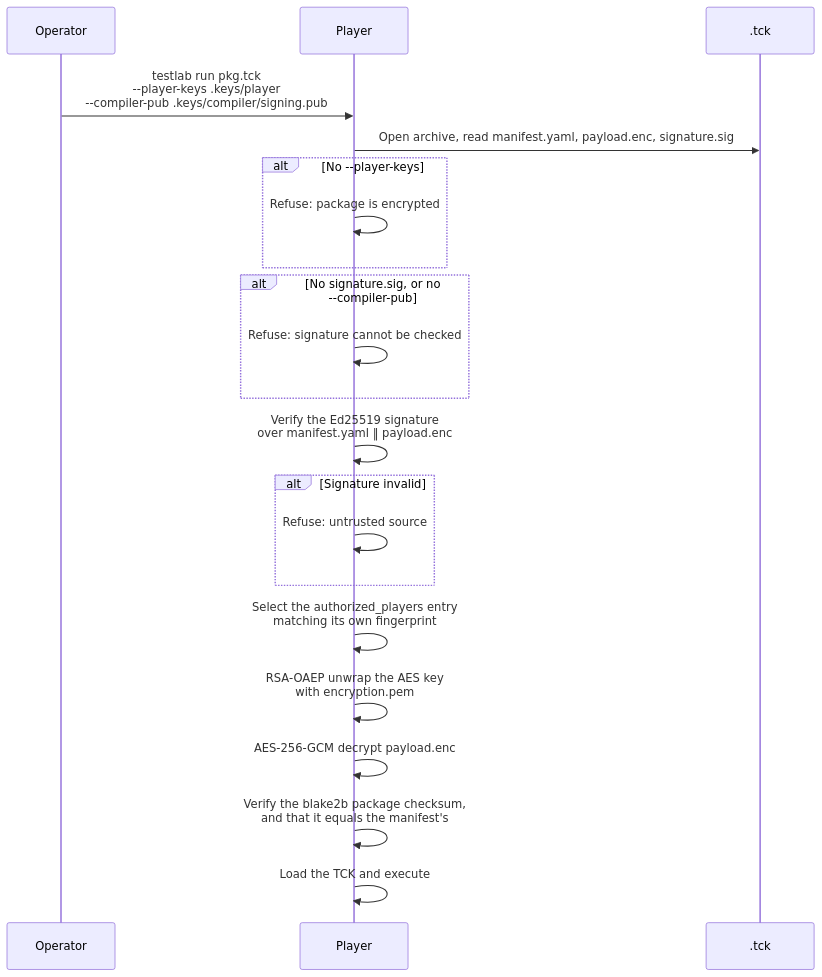
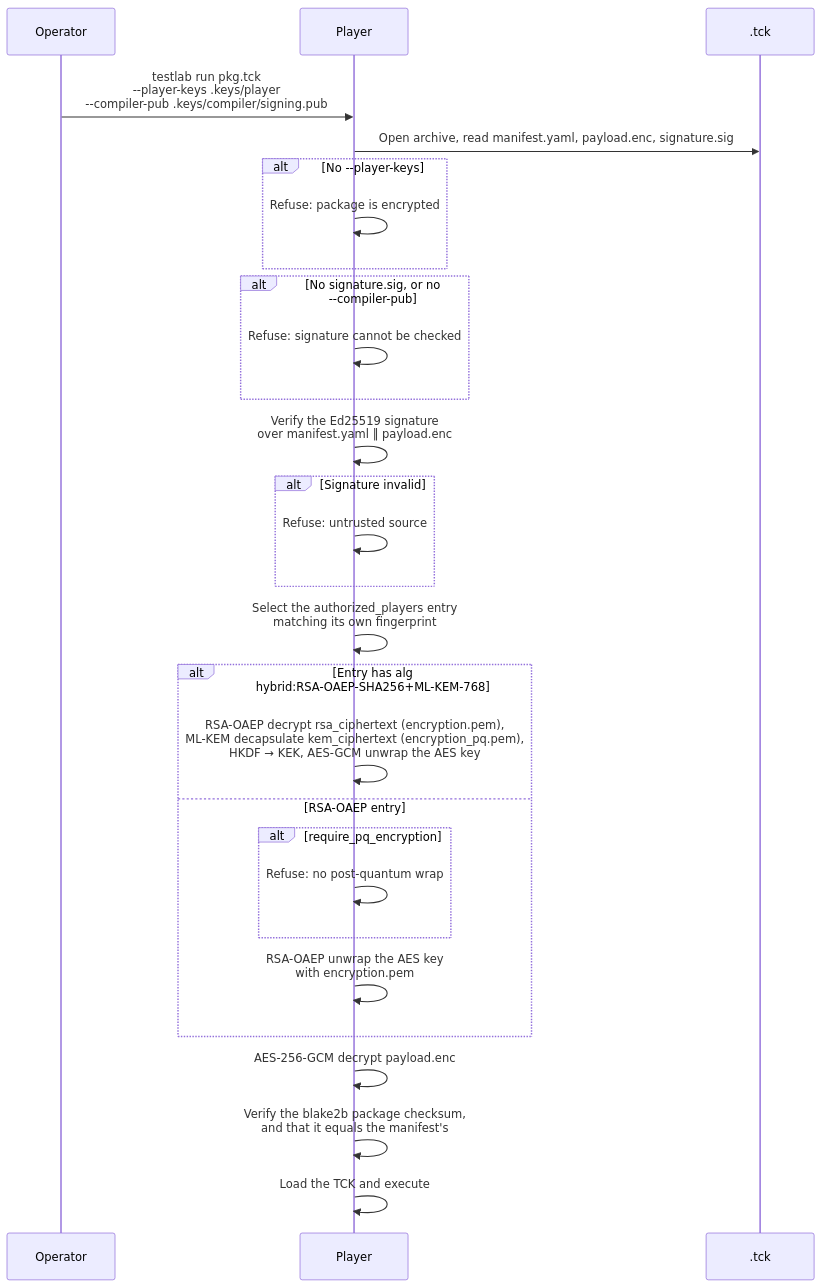
One commit to eclipse-tractusx/tractusx-testlab changed the second of 2 diagrams in docs/specification/specification/security.md. Above: the diagram before and after it, drawn with Mermaid. The commit also changed other lines of this file and 32 other files, not shown here.

````diff
--- a/docs/specification/specification/security.md
+++ b/docs/specification/specification/security.md
@@ -118,28 +150,35 @@
 ```mermaid
 sequenceDiagram
     participant O as Operator
     participant P as Player
     participant PKG as .tck
 
     O->>P: testlab run pkg.tck<br/>--player-keys .keys/player<br/>--compiler-pub .keys/compiler/signing.pub
     P->>PKG: Open archive, read manifest.yaml, payload.enc, signature.sig
 
     alt No --player-keys
         P->>P: Refuse: package is encrypted
     end
 
     alt No signature.sig, or no --compiler-pub
         P->>P: Refuse: signature cannot be checked
     end
 
     P->>P: Verify the Ed25519 signature<br/>over manifest.yaml ‖ payload.enc
     alt Signature invalid
         P->>P: Refuse: untrusted source
     end
 
     P->>P: Select the authorized_players entry<br/>matching its own fingerprint
-    P->>P: RSA-OAEP unwrap the AES key<br/>with encryption.pem
+    alt Entry has alg hybrid:RSA-OAEP-SHA256+ML-KEM-768
+        P->>P: RSA-OAEP decrypt rsa_ciphertext (encryption.pem),<br/>ML-KEM decapsulate kem_ciphertext (encryption_pq.pem),<br/>HKDF → KEK, AES-GCM unwrap the AES key
+    else RSA-OAEP entry
+        alt require_pq_encryption
+            P->>P: Refuse: no post-quantum wrap
+        end
+        P->>P: RSA-OAEP unwrap the AES key<br/>with encryption.pem
+    end
     P->>P: AES-256-GCM decrypt payload.enc
     P->>P: Verify the blake2b package checksum,<br/>and that it equals the manifest's
     P->>P: Load the TCK and execute
 ```
````
